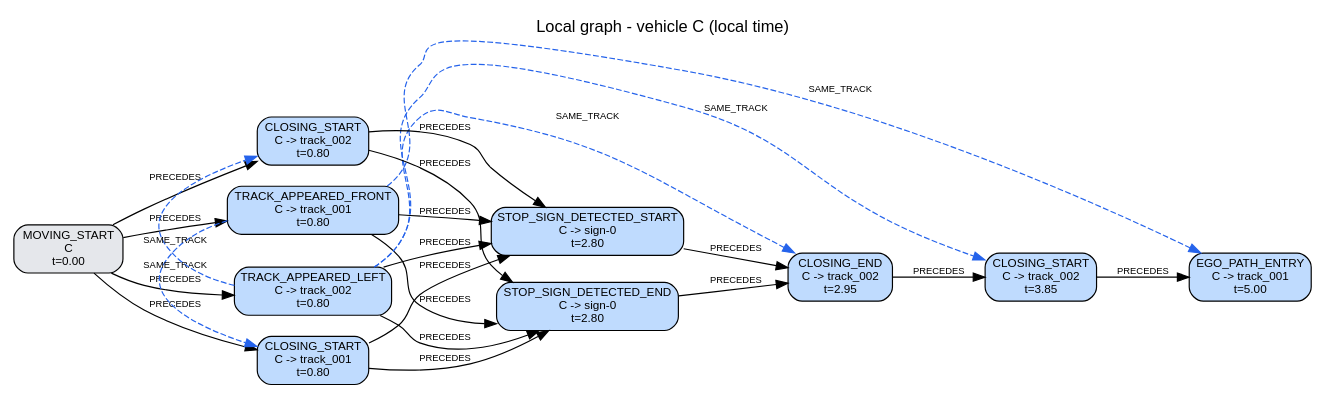
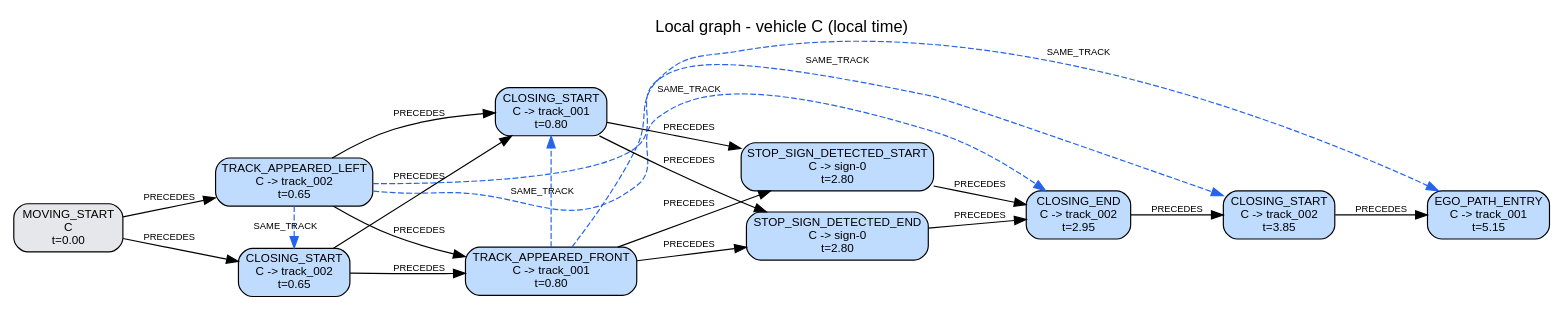
One commit to AndreaBedei1/causaldrive-forensics changed the diagram in traces/S15/run_0_single_impact/reconstruction/C/local_graph.dot. Above: the diagram before and after it, drawn with Graphviz. The commit also changed 1263 other files, not shown here.

```diff
--- a/traces/S15/run_0_single_impact/reconstruction/C/local_graph.dot
+++ b/traces/S15/run_0_single_impact/reconstruction/C/local_graph.dot
@@ -1,38 +1,37 @@
 digraph "local_C" {
   graph [rankdir=LR, labelloc=t, fontname=Helvetica, label="Local graph - vehicle C (local time)"];
   node [shape=box, style="rounded,filled", fontname=Helvetica, fontsize=10];
   edge [fontname=Helvetica, fontsize=8];
   "C:e01" [label="MOVING_START\nC\nt=0.00", fillcolor="#e5e7eb"];
-  "C:e02" [label="TRACK_APPEARED_FRONT\nC -> track_001\nt=0.80", fillcolor="#bfdbfe"];
-  "C:e03" [label="TRACK_APPEARED_LEFT\nC -> track_002\nt=0.80", fillcolor="#bfdbfe"];
-  "C:e04" [label="CLOSING_START\nC -> track_001\nt=0.80", fillcolor="#bfdbfe"];
-  "C:e05" [label="CLOSING_START\nC -> track_002\nt=0.80", fillcolor="#bfdbfe"];
+  "C:e02" [label="TRACK_APPEARED_LEFT\nC -> track_002\nt=0.65", fillcolor="#bfdbfe"];
+  "C:e03" [label="CLOSING_START\nC -> track_002\nt=0.65", fillcolor="#bfdbfe"];
+  "C:e04" [label="TRACK_APPEARED_FRONT\nC -> track_001\nt=0.80", fillcolor="#bfdbfe"];
+  "C:e05" [label="CLOSING_START\nC -> track_001\nt=0.80", fillcolor="#bfdbfe"];
   "C:e06" [label="STOP_SIGN_DETECTED_START\nC -> sign-0\nt=2.80", fillcolor="#bfdbfe"];
   "C:e07" [label="STOP_SIGN_DETECTED_END\nC -> sign-0\nt=2.80", fillcolor="#bfdbfe"];
   "C:e08" [label="CLOSING_END\nC -> track_002\nt=2.95", fillcolor="#bfdbfe"];
   "C:e09" [label="CLOSING_START\nC -> track_002\nt=3.85", fillcolor="#bfdbfe"];
-  "C:e10" [label="EGO_PATH_ENTRY\nC -> track_001\nt=5.00", fillcolor="#bfdbfe"];
-  {rank=same; "C:e02"; "C:e03"; "C:e04"; "C:e05";}
+  "C:e10" [label="EGO_PATH_ENTRY\nC -> track_001\nt=5.15", fillcolor="#bfdbfe"];
+  {rank=same; "C:e02"; "C:e03";}
+  {rank=same; "C:e04"; "C:e05";}
   {rank=same; "C:e06"; "C:e07";}
   "C:e01" -> "C:e02" [label="PRECEDES"];
   "C:e01" -> "C:e03" [label="PRECEDES"];
-  "C:e01" -> "C:e04" [label="PRECEDES"];
-  "C:e01" -> "C:e05" [label="PRECEDES"];
-  "C:e02" -> "C:e06" [label="PRECEDES"];
-  "C:e02" -> "C:e07" [label="PRECEDES"];
-  "C:e03" -> "C:e06" [label="PRECEDES"];
-  "C:e03" -> "C:e07" [label="PRECEDES"];
+  "C:e02" -> "C:e04" [label="PRECEDES"];
+  "C:e02" -> "C:e05" [label="PRECEDES"];
+  "C:e03" -> "C:e04" [label="PRECEDES"];
+  "C:e03" -> "C:e05" [label="PRECEDES"];
   "C:e04" -> "C:e06" [label="PRECEDES"];
   "C:e04" -> "C:e07" [label="PRECEDES"];
   "C:e05" -> "C:e06" [label="PRECEDES"];
   "C:e05" -> "C:e07" [label="PRECEDES"];
   "C:e06" -> "C:e08" [label="PRECEDES"];
   "C:e07" -> "C:e08" [label="PRECEDES"];
   "C:e08" -> "C:e09" [label="PRECEDES"];
   "C:e09" -> "C:e10" [label="PRECEDES"];
-  "C:e02" -> "C:e04" [label="SAME_TRACK", style=dashed, color="#2563eb", constraint=false];
-  "C:e03" -> "C:e05" [label="SAME_TRACK", style=dashed, color="#2563eb", constraint=false];
-  "C:e03" -> "C:e08" [label="SAME_TRACK", style=dashed, color="#2563eb", constraint=false];
-  "C:e03" -> "C:e09" [label="SAME_TRACK", style=dashed, color="#2563eb", constraint=false];
-  "C:e02" -> "C:e10" [label="SAME_TRACK", style=dashed, color="#2563eb", constraint=false];
+  "C:e02" -> "C:e03" [label="SAME_TRACK", style=dashed, color="#2563eb", constraint=false];
+  "C:e04" -> "C:e05" [label="SAME_TRACK", style=dashed, color="#2563eb", constraint=false];
+  "C:e02" -> "C:e08" [label="SAME_TRACK", style=dashed, color="#2563eb", constraint=false];
+  "C:e02" -> "C:e09" [label="SAME_TRACK", style=dashed, color="#2563eb", constraint=false];
+  "C:e04" -> "C:e10" [label="SAME_TRACK", style=dashed, color="#2563eb", constraint=false];
 }
```
